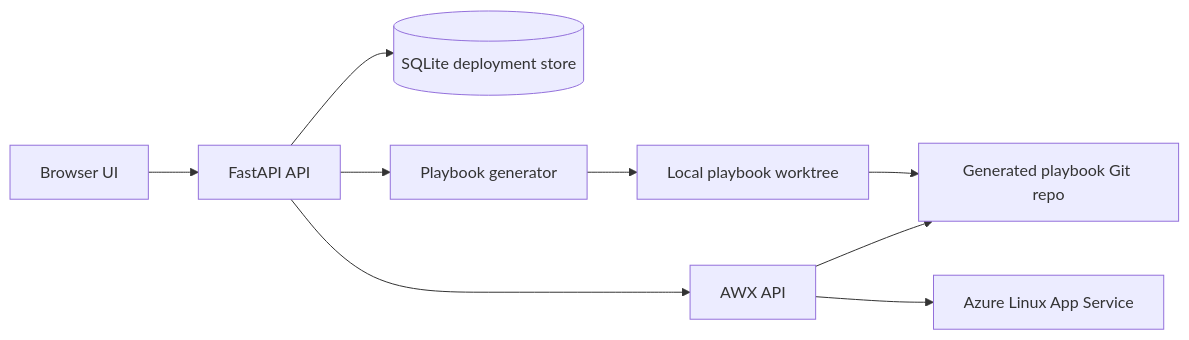
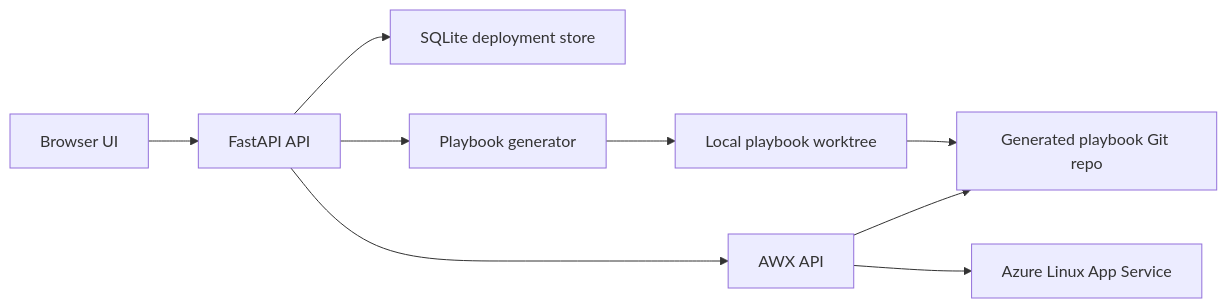
The diagram in README.md (Nour-Ben-Hadid/ansible_app), drawn with Mermaid before and after one commit.

````diff
--- a/README.md
+++ b/README.md
@@ -9,11 +9,11 @@
 ```mermaid
 flowchart LR
-    U[Browser UI] --> API[FastAPI API]
-    API --> DB[(SQLite deployment store)]
-    API --> GEN[Playbook generator]
-    GEN --> WT[Local playbook worktree]
-    WT --> GIT[Generated playbook Git repo]
-    API --> AWX[AWX API]
+    U["Browser UI"] --> API["FastAPI API"]
+    API --> DB["SQLite deployment store"]
+    API --> GEN["Playbook generator"]
+    GEN --> WT["Local playbook worktree"]
+    WT --> GIT["Generated playbook Git repo"]
+    API --> AWX["AWX API"]
     AWX --> GIT
-    AWX --> AZ[Azure Linux App Service]
+    AWX --> AZ["Azure Linux App Service"]
 ```
````
